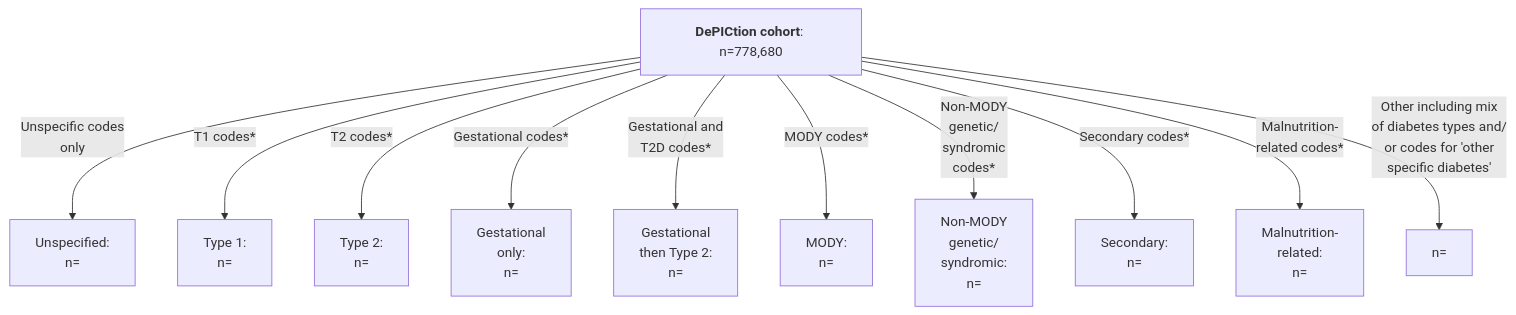
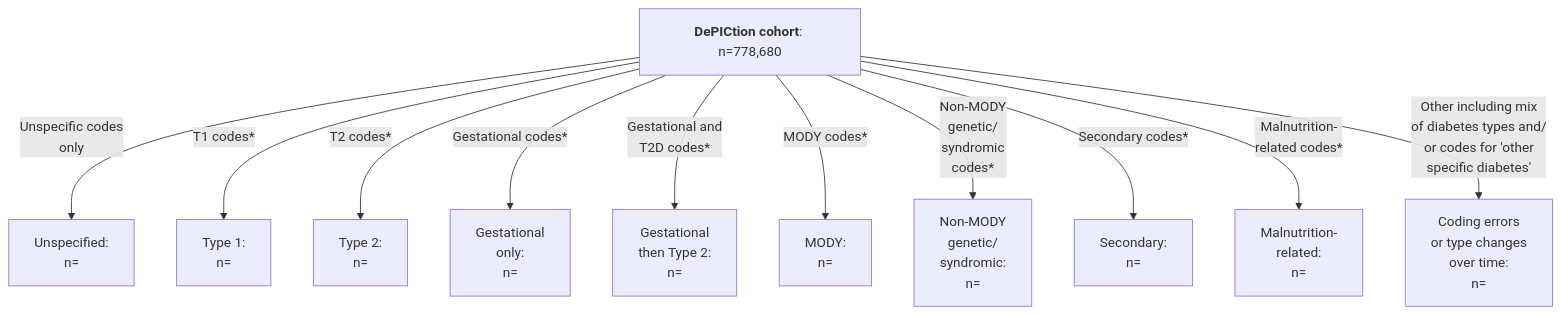
One commit to Exeter-Diabetes/CPRD-Katie-DePICtion-Scripts changed the second of 2 diagrams in README.md. Above: the diagram before and after it, drawn with Mermaid.

````diff
--- a/README.md
+++ b/README.md
@@ -51,13 +51,13 @@
 ```mermaid
 graph TD;
     A["<b>DePICtion cohort</b>: n=778,680"] --> |"Unspecific codes <br>only"| B["Unspecified: <br>n="]
     A --> |"T1 codes*"| C["Type 1: <br>n="]
     A --> |"T2 codes*"| D["Type 2: <br>n="]
     A --> |"Gestational codes*"| E["Gestational <br>only: <br>n="]
     A --> |"Gestational and <br>T2D codes*"| F["Gestational <br>then Type 2: <br>n="]
     A --> |"MODY codes*"| G["MODY: <br>n="]
     A --> |"Non-MODY <br>genetic/<br>syndromic <br>codes*"| H["Non-MODY <br>genetic/<br>syndromic: <br>n="]
     A --> |"Secondary codes*"| I["Secondary: <br>n="]
     A --> |"Malnutrition-<br>related codes*"| J["Malnutrition-<br>related: <br>n="]
-    A --> |"Other including mix <br>of diabetes types and/<br>or codes for 'other <br>specific diabetes'"| K["n="]
+    A --> |"Other including mix <br>of diabetes types and/<br>or codes for 'other <br>specific diabetes'"| K["Coding errors <br>or type changes<br> over time: <br>n="]
 ```
````
